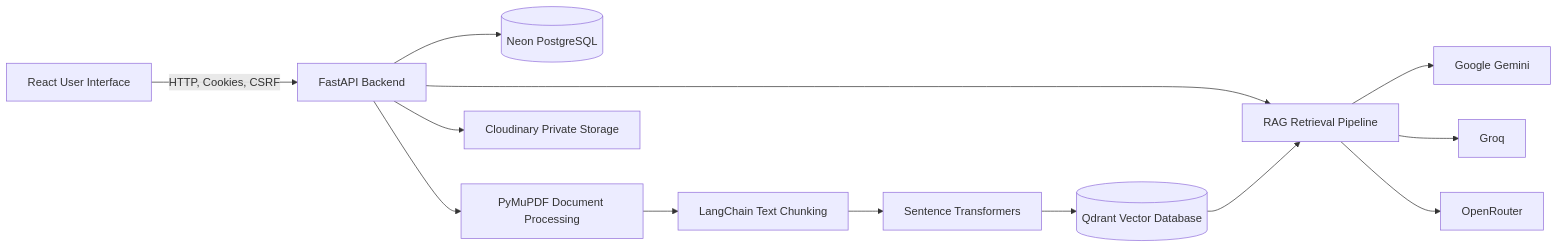
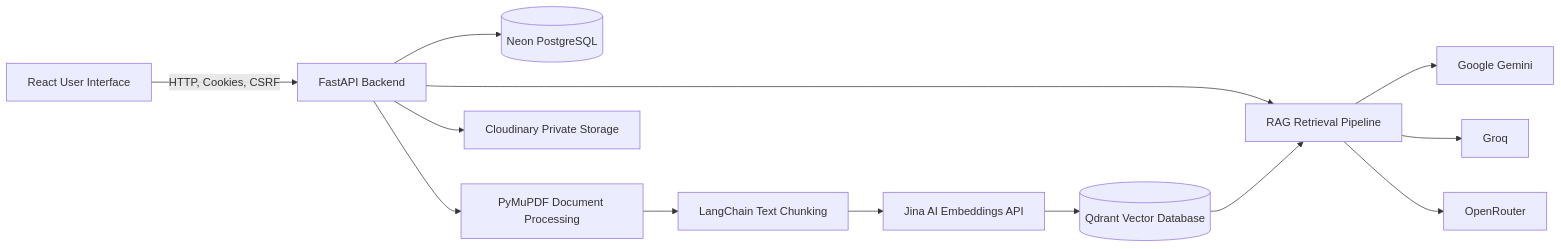
One commit to anujkumar220103/ROBIN changed the diagram in README.md. Above: the diagram before and after it, drawn with Mermaid. The commit also changed other lines of this file and 17 other files, not shown here.

First line of the commit message:
Refactor document ingestion process to support Jina embeddings and improve concurrency handling

````diff
--- a/README.md
+++ b/README.md
@@ -86,15 +85,15 @@
 ```mermaid
 flowchart LR
     U[React User Interface] -->|HTTP, Cookies, CSRF| API[FastAPI Backend]
     API --> DB[(Neon PostgreSQL)]
     API --> PDF[PyMuPDF Document Processing]
     PDF --> CHUNK[LangChain Text Chunking]
-    CHUNK --> EMB[Sentence Transformers]
+    CHUNK --> EMB[Jina AI Embeddings API]
     EMB --> VECTOR[(Qdrant Vector Database)]
     API --> RAG[RAG Retrieval Pipeline]
     VECTOR --> RAG
     RAG --> GEMINI[Google Gemini]
     RAG --> GROQ[Groq]
     RAG --> OPENROUTER[OpenRouter]
     API --> CLOUD[Cloudinary Private Storage]
 ```
````
